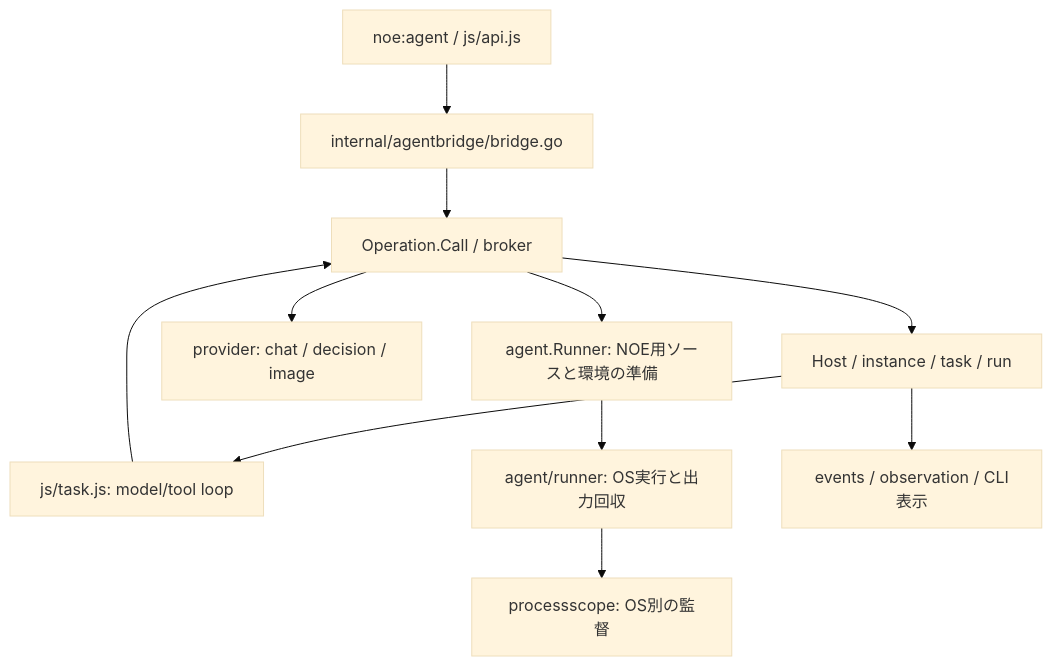
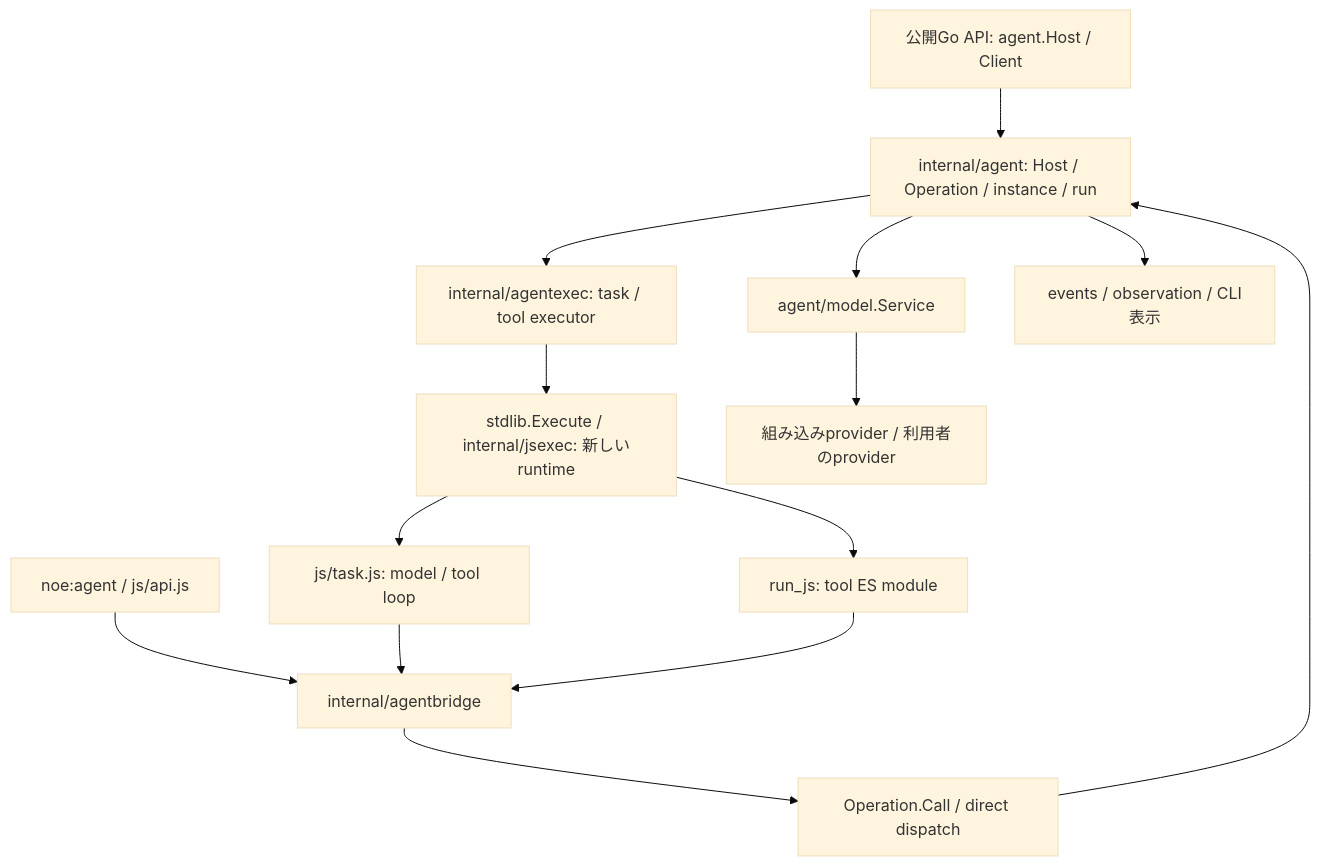
The diagram in docs/development/agent-architecture.md (HarakaraSite/noe), drawn with Mermaid (base theme) before and after one commit. The commit also changed other lines of this file and 3 other files, not shown here.

Commit message:
docs: align agent architecture and feature inventory with current v2

````diff
--- a/docs/development/agent-architecture.md
+++ b/docs/development/agent-architecture.md
@@ -11,13 +15,16 @@
 ```mermaid
 flowchart TD
-    Public[noe:agent / js/api.js] --> Bridge[internal/agentbridge/bridge.go]
-    Bridge --> RPC[Operation.Call / broker]
-    RPC --> State[Host / instance / task / run]
-    State --> Task[js/task.js: model/tool loop]
-    Task --> RPC
-    RPC --> Provider[provider: chat / decision / image]
-    RPC --> Source[agent.Runner: NOE用ソースと環境の準備]
-    Source --> Runner[agent/runner: OS実行と出力回収]
-    Runner --> Scope[processscope: OS別の監督]
-    State --> Events[events / observation / CLI表示]
+    GoAPI["公開Go API: agent.Host / Client"] --> Core["internal/agent: Host / Operation / instance / run"]
+    JS["noe:agent / js/api.js"] --> Bridge["internal/agentbridge"]
+    Bridge --> Direct["Operation.Call / direct dispatch"]
+    Direct --> Core
+    Core --> Exec["internal/agentexec: task / tool executor"]
+    Exec --> Runtime["stdlib.Execute / internal/jsexec: 新しいruntime"]
+    Runtime --> Task["js/task.js: model / tool loop"]
+    Runtime --> Tool["run_js: tool ES module"]
+    Task --> Bridge
+    Tool --> Bridge
+    Core --> Models["agent/model.Service"]
+    Models --> Provider["組み込みprovider / 利用者のprovider"]
+    Core --> Events["events / observation / CLI表示"]
 ```
````
